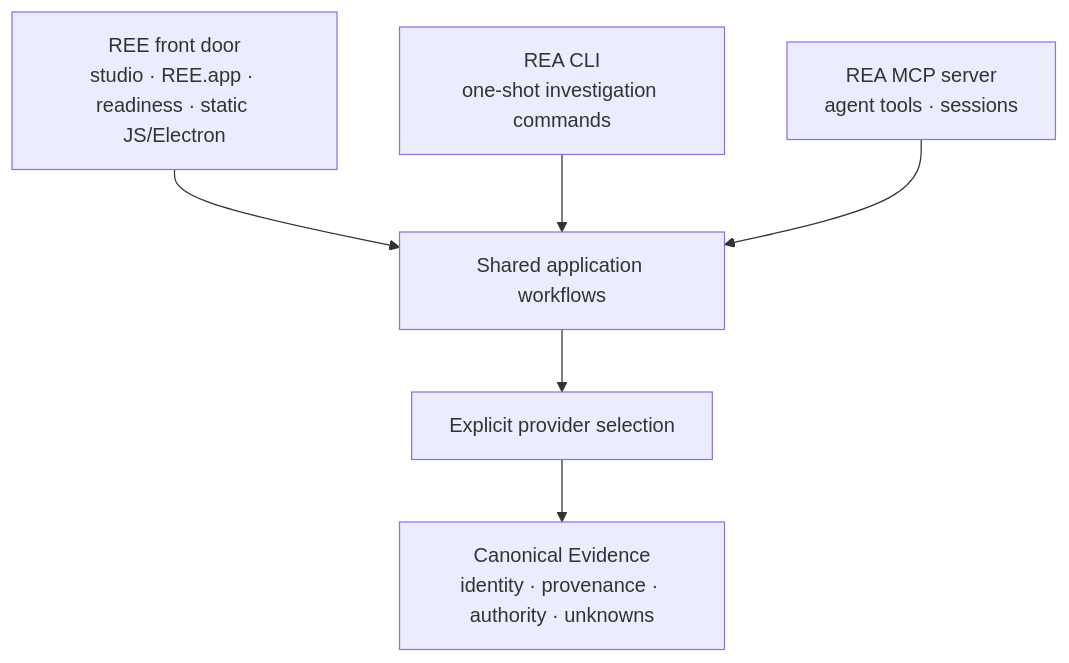
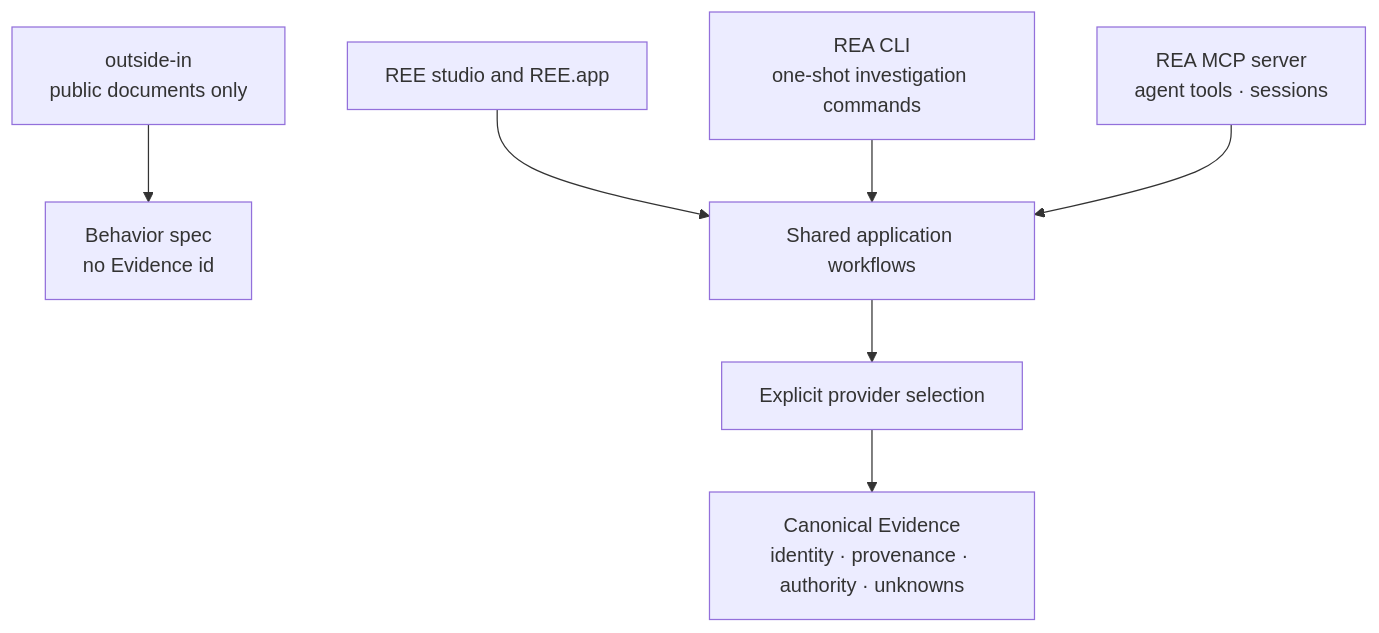
One commit to gryszzz/reverse-engineer-everything changed the second of 2 diagrams in README.md. Above: the diagram before and after it, drawn with Mermaid. The commit also changed other lines of this file and 37 other files, not shown here.

````diff
--- a/README.md
+++ b/README.md
@@ -310,14 +366,17 @@
 ```mermaid
 flowchart TB
-    REE["REE front door<br/>studio · REE.app · readiness · static JS/Electron"]
-    CLI["REA CLI<br/>one-shot investigation commands"]
-    MCP["REA MCP server<br/>agent tools · sessions"]
-    WORK["Shared application workflows"]
-    ROUTE["Explicit provider selection"]
-    EVIDENCE["Canonical Evidence<br/>identity · provenance · authority · unknowns"]
-    REE --> WORK
-    CLI --> WORK
-    MCP --> WORK
-    WORK --> ROUTE
-    ROUTE --> EVIDENCE
+  REE["REE studio and REE.app"]
+  OUT["outside-in<br/>public documents only"]
+  SPEC["Behavior spec<br/>no Evidence id"]
+  CLI["REA CLI<br/>one-shot investigation commands"]
+  MCP["REA MCP server<br/>agent tools · sessions"]
+  WORK["Shared application workflows"]
+  ROUTE["Explicit provider selection"]
+  EVIDENCE["Canonical Evidence<br/>identity · provenance · authority · unknowns"]
+  REE --> WORK
+  CLI --> WORK
+  MCP --> WORK
+  WORK --> ROUTE
+  ROUTE --> EVIDENCE
+  OUT --> SPEC
 ```
````
